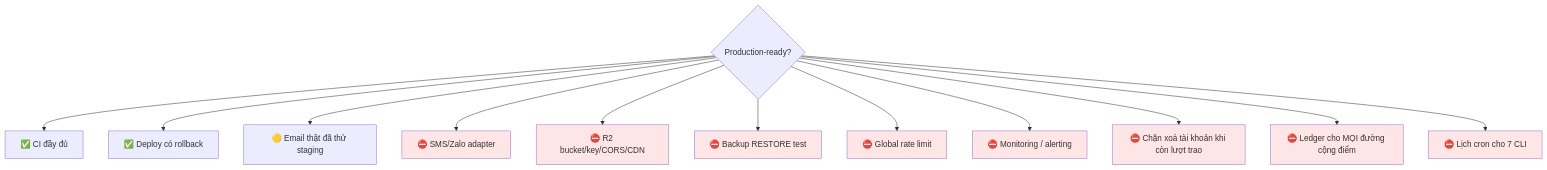
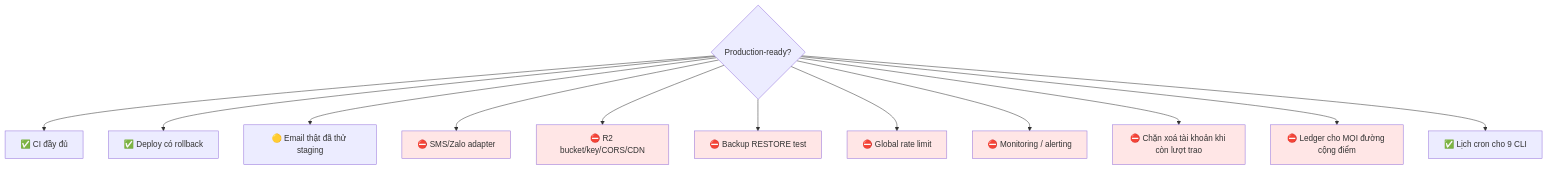
The fourth of 4 diagrams in docs/diagram/29-cicd.md (fdshn/trueheart), drawn with Mermaid before and after one commit. The commit also changed other lines of this file and 8 other files, not shown here.

````diff
--- a/docs/diagram/29-cicd.md
+++ b/docs/diagram/29-cicd.md
@@ -88,23 +88,22 @@
 ```mermaid
 flowchart TD
     A{Production-ready?} --> B["✅ CI đầy đủ"]
     A --> C["✅ Deploy có rollback"]
     A --> D["🟡 Email thật đã thử staging"]
     A --> E["⛔ SMS/Zalo adapter"]
     A --> F["⛔ R2 bucket/key/CORS/CDN"]
     A --> G["⛔ Backup RESTORE test"]
     A --> H["⛔ Global rate limit"]
     A --> I["⛔ Monitoring / alerting"]
     A --> J["⛔ Chặn xoá tài khoản khi còn lượt trao"]
     A --> K["⛔ Ledger cho MỌI đường cộng điểm"]
-    A --> L["⛔ Lịch cron cho 7 CLI"]
+    A --> L["✅ Lịch cron cho 9 CLI"]
 
     style E fill:#ffe6e6
     style F fill:#ffe6e6
     style G fill:#ffe6e6
     style H fill:#ffe6e6
     style I fill:#ffe6e6
     style J fill:#ffe6e6
     style K fill:#ffe6e6
-    style L fill:#ffe6e6
 ```
````
